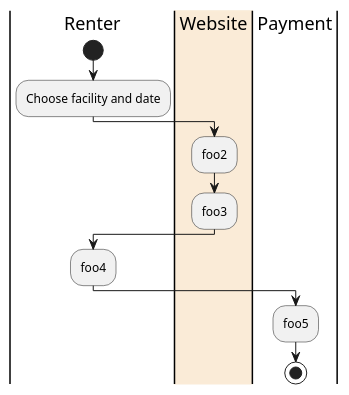
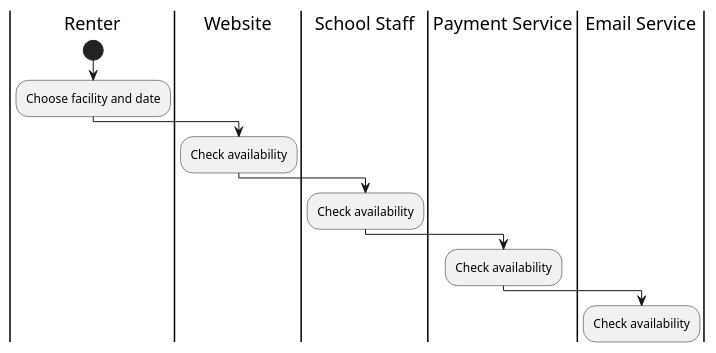
Before and after one commit to DylanHH11/CS-3560-HW_6_UML_2_Sequence_Activity: the diagram in rentalActivity.puml, drawn with PlantUML.

Commit message:
all five swimlanes made

```diff
--- a/rentalActivity.puml
+++ b/rentalActivity.puml
@@ -1,13 +1,20 @@
 @startuml
+
 |Renter|
 start
 :Choose facility and date;
-|#AntiqueWhite|Website|
-:foo2;
-:foo3;
-|Renter|
-:foo4;
-|Payment|
-:foo5;
-stop
+
+|Website|
+:Check availability;
+
+|School Staff|
+:Check availability;
+
+|Payment Service|
+:Check availability;
+
+|Email Service|
+:Check availability;
+
+
 @enduml
```
